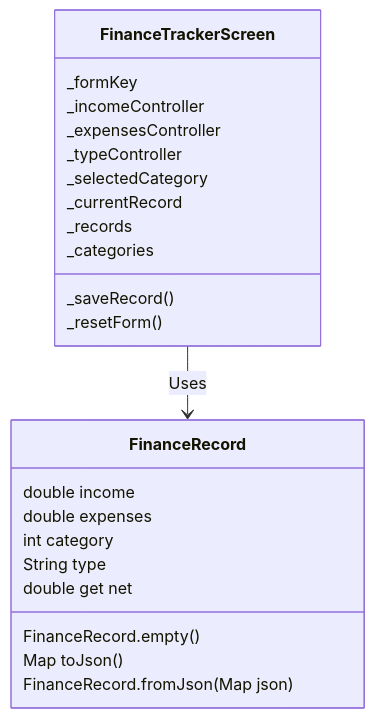
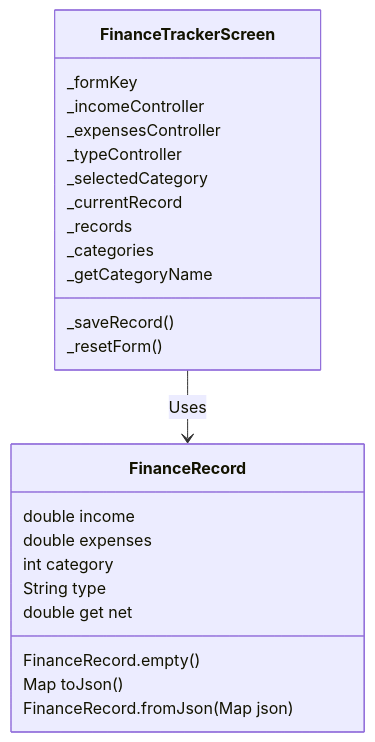
One commit to andres3204/Finance_Tracker_Final changed the diagram in README.md. Above: the diagram before and after it, drawn with Mermaid.

Commit message:
Changed some readme for the mermaid.

````diff
--- a/README.md
+++ b/README.md
@@ -12,28 +12,29 @@
 ```mermaid
 classDiagram
     class FinanceRecord {
         double income
         double expenses
         int category
         String type
         FinanceRecord.empty()
         double get net
         Map<String, dynamic> toJson()
         FinanceRecord.fromJson(Map<String, dynamic> json)
     }
 
     class FinanceTrackerScreen {
         _formKey
         _incomeController
         _expensesController
         _typeController
         _selectedCategory
         _currentRecord
         _records
         _categories
         _saveRecord()
         _resetForm()
+        _getCategoryName
     }
 
     FinanceTrackerScreen --> FinanceRecord : Uses
 ```
````
